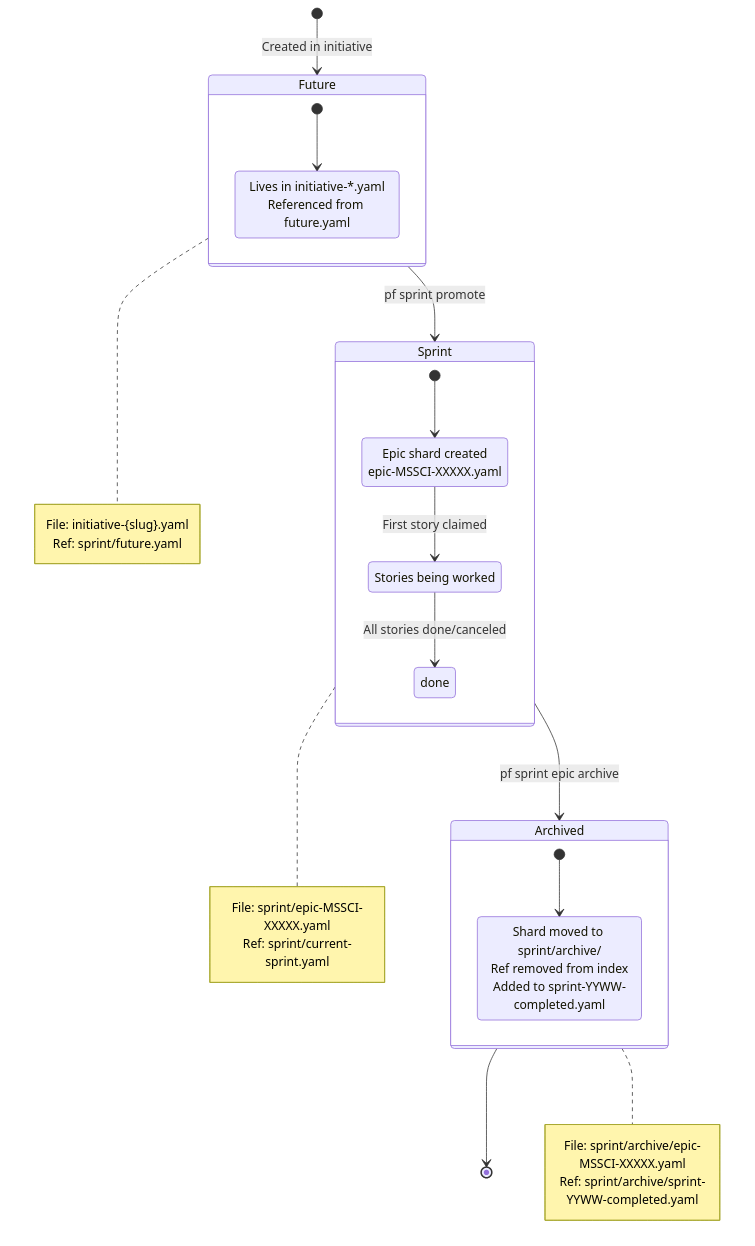
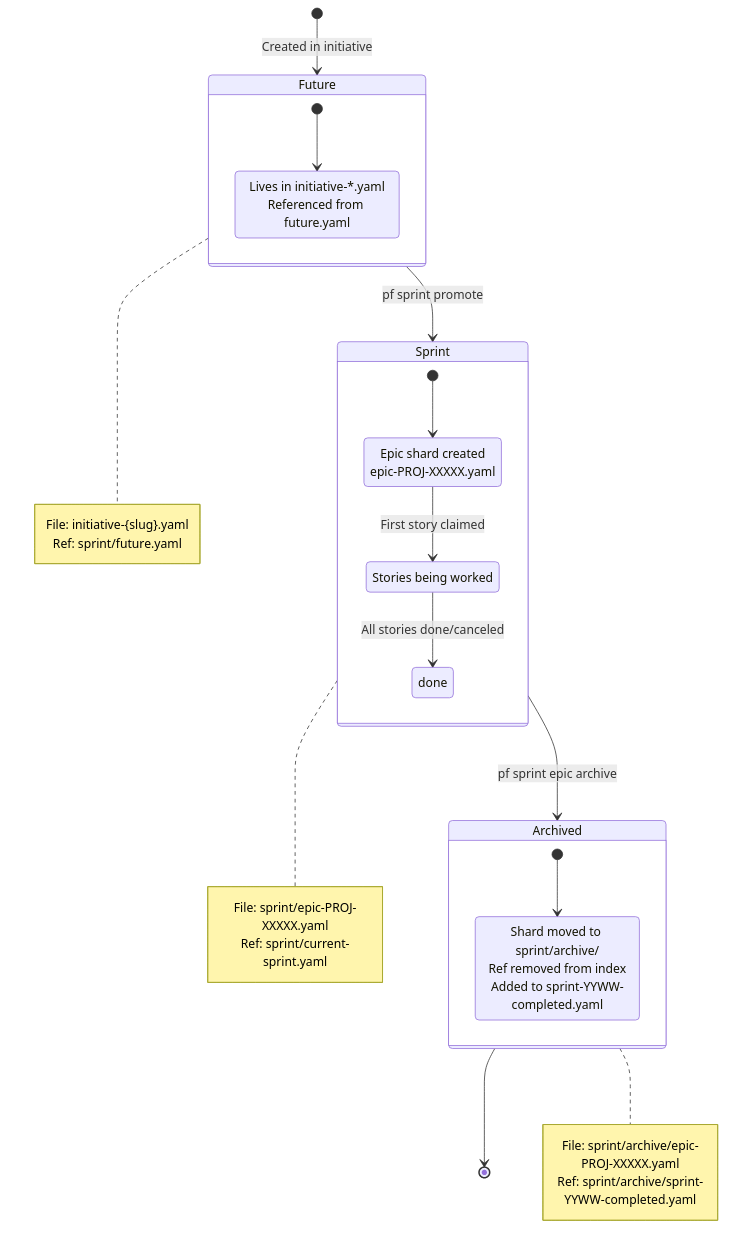
One commit to slabgorb/orc-penny changed the seventh of 8 diagrams in docs/initiatives/lifecycle-composition/lifecycle-feature-journey.md. Above: the diagram before and after it, drawn with Mermaid. The commit also changed other lines of this file and 3751 other files, not shown here.

````diff
--- a/docs/initiatives/lifecycle-composition/lifecycle-feature-journey.md
+++ b/docs/initiatives/lifecycle-composition/lifecycle-feature-journey.md
@@ -385,43 +385,43 @@
 ```mermaid
 stateDiagram-v2
     [*] --> Future : Created in initiative
 
     state Future {
         [*] --> Planned
         Planned : Lives in initiative-*.yaml<br/>Referenced from future.yaml
     }
 
     Future --> Sprint : pf sprint promote
 
     state Sprint {
         [*] --> backlog
-        backlog : Epic shard created<br/>epic-MSSCI-XXXXX.yaml
+        backlog : Epic shard created<br/>epic-PROJ-XXXXX.yaml
         backlog --> in_progress : First story claimed
         in_progress : Stories being worked
         in_progress --> done : All stories done/canceled
     }
 
     Sprint --> Archived : pf sprint epic archive
 
     state Archived {
         [*] --> Stored
         Stored : Shard moved to sprint/archive/<br/>Ref removed from index<br/>Added to sprint-YYWW-completed.yaml
     }
 
     Archived --> [*]
 
     note right of Future
         File: initiative-{slug}.yaml
         Ref: sprint/future.yaml
     end note
 
     note right of Sprint
-        File: sprint/epic-MSSCI-XXXXX.yaml
+        File: sprint/epic-PROJ-XXXXX.yaml
         Ref: sprint/current-sprint.yaml
     end note
 
     note right of Archived
-        File: sprint/archive/epic-MSSCI-XXXXX.yaml
+        File: sprint/archive/epic-PROJ-XXXXX.yaml
         Ref: sprint/archive/sprint-YYWW-completed.yaml
     end note
 ```
````
